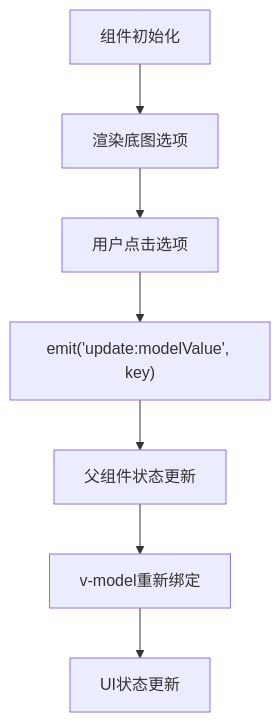
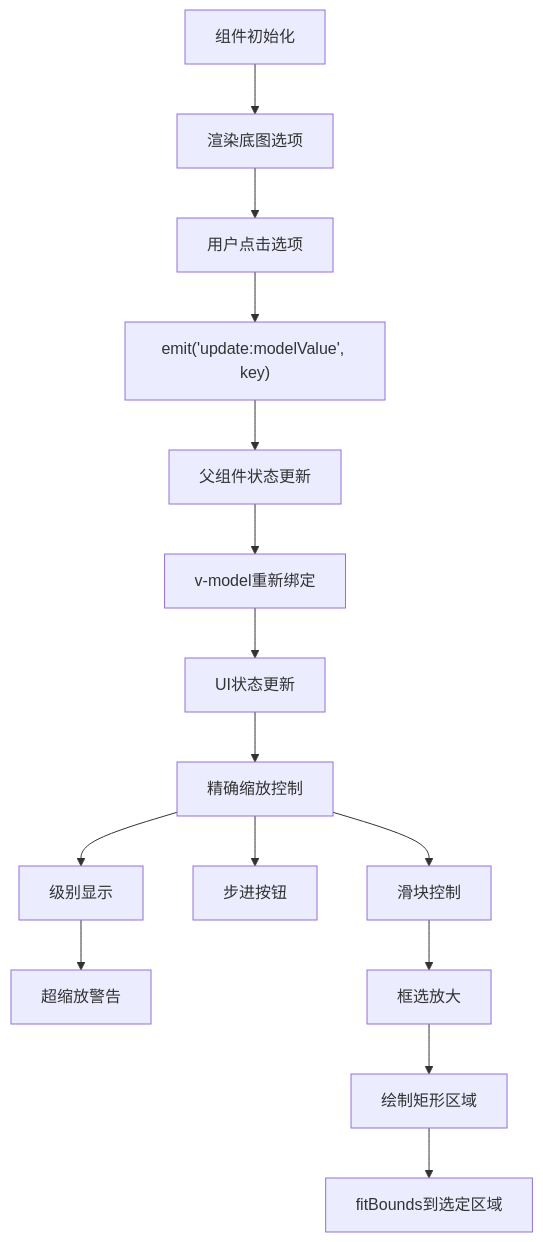
The third of 9 diagrams in .qoder/repowiki/zh/content/前端应用文档/地图可视化.md (q446328246/agri-platform), drawn with Mermaid before and after one commit. The commit also changed other lines of this file and 44 other files, not shown here.

Commit message:
docs: 同步 repowiki 知识卡片与地图可视化文档重生成结果

````diff
--- a/.qoder/repowiki/zh/content/前端应用文档/地图可视化.md
+++ b/.qoder/repowiki/zh/content/前端应用文档/地图可视化.md
@@ -211,9 +236,17 @@
 ```mermaid
 flowchart TD
 Init["组件初始化"] --> RenderOptions["渲染底图选项"]
 RenderOptions --> UserClick["用户点击选项"]
 UserClick --> EmitEvent["emit('update:modelValue', key)"]
 EmitEvent --> ParentUpdate["父组件状态更新"]
 ParentUpdate --> Rebind["v-model重新绑定"]
 Rebind --> UpdateUI["UI状态更新"]
+UpdateUI --> ZoomControl["精确缩放控制"]
+ZoomControl --> Slider["滑块控制"]
+ZoomControl --> Steps["步进按钮"]
+ZoomControl --> LevelDisplay["级别显示"]
+LevelDisplay --> OverWarning["超缩放警告"]
+Slider --> BoxSelect["框选放大"]
+BoxSelect --> RectangleDraw["绘制矩形区域"]
+RectangleDraw --> FitBounds["fitBounds到选定区域"]
 ```
````
